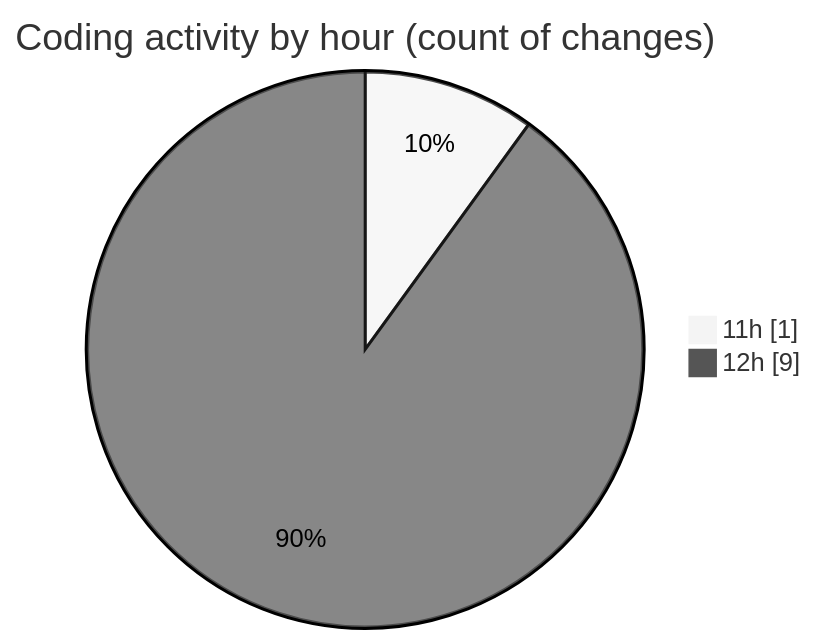
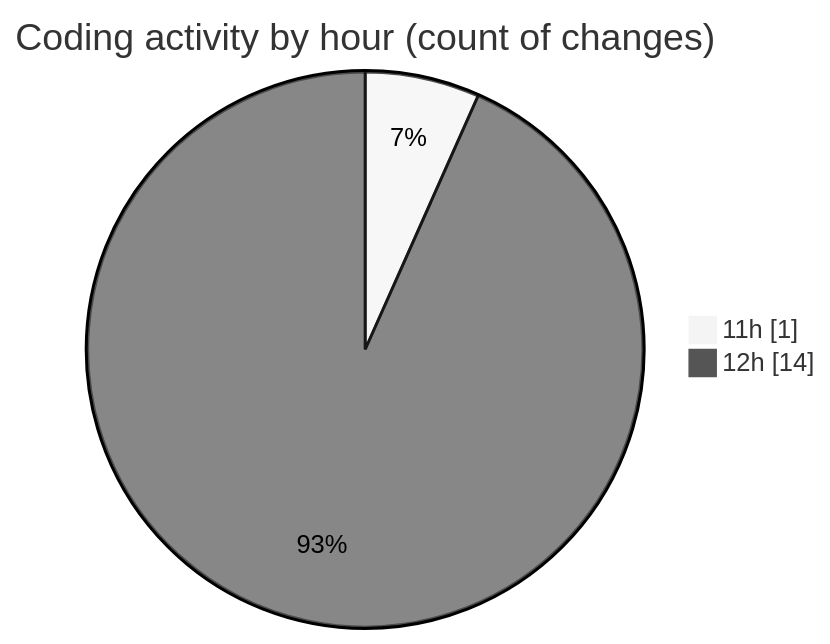
The second of 2 diagrams in 2025-09-01/nxtqube_webapp/README.md (nxtqubesakshisongat/code-tracking), drawn with Mermaid (neutral theme) before and after one commit. The commit also changed other lines of this file and 1 other file, not shown here.

````diff
--- a/2025-09-01/nxtqube_webapp/README.md
+++ b/2025-09-01/nxtqube_webapp/README.md
@@ -28,6 +30,6 @@
 ```mermaid
 pie showData
 title Coding activity by hour (count of changes)
 "11h" : 1
-"12h" : 9
+"12h" : 14
 ```
````
